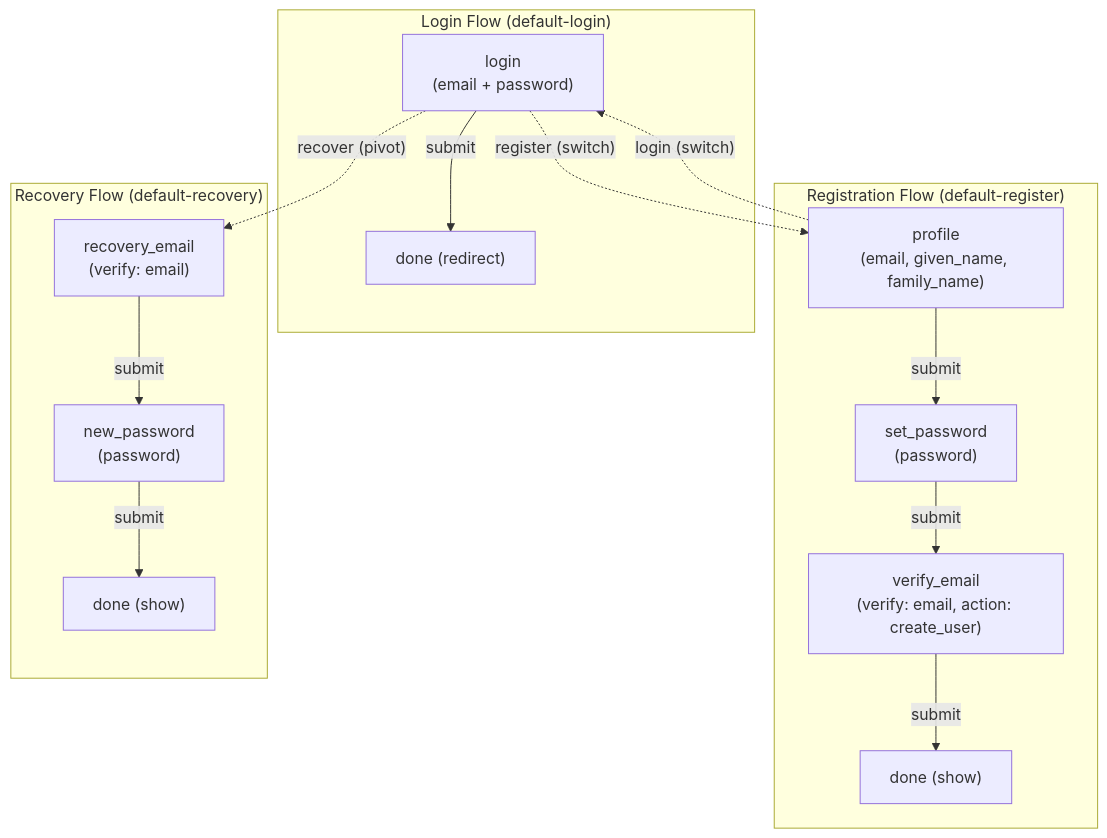
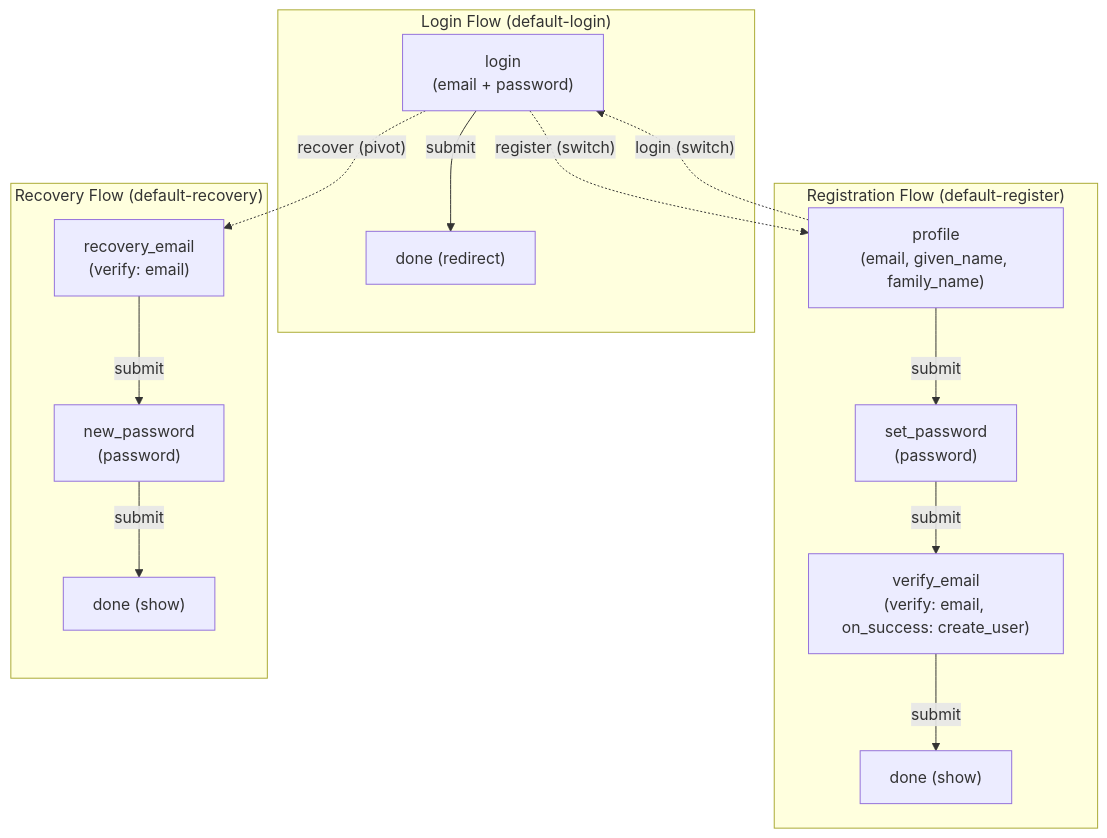
The tenth of 11 diagrams in docs/design/flowengine/flow-engine-guide.md (zitadel/nextgen), drawn with Mermaid before and after one commit. The commit also changed other lines of this file and 3 other files, not shown here.

Commit message:
rename action to on_success

````diff
--- a/docs/design/flowengine/flow-engine-guide.md
+++ b/docs/design/flowengine/flow-engine-guide.md
@@ -637,33 +636,33 @@
 ```mermaid
 graph TD
     subgraph "Login Flow (default-login)"
         login["login<br>(email + password)"]
         login_done["done (redirect)"]
 
         login -->|submit| login_done
     end
 
     subgraph "Registration Flow (default-register)"
         profile["profile<br>(email, given_name, family_name)"]
         set_pwd["set_password<br>(password)"]
-        verify["verify_email<br>(verify: email, action: create_user)"]
+        verify["verify_email<br>(verify: email, on_success: create_user)"]
         reg_done["done (show)"]
 
         profile -->|submit| set_pwd
         set_pwd -->|submit| verify
         verify -->|submit| reg_done
     end
 
     subgraph "Recovery Flow (default-recovery)"
         rec_email["recovery_email<br>(verify: email)"]
         new_pwd["new_password<br>(password)"]
         rec_done["done (show)"]
 
         rec_email -->|submit| new_pwd
         new_pwd -->|submit| rec_done
     end
 
     login -.->|"register (switch)"| profile
     profile -.->|"login (switch)"| login
     login -.->|"recover (pivot)"| rec_email
 ```
````
